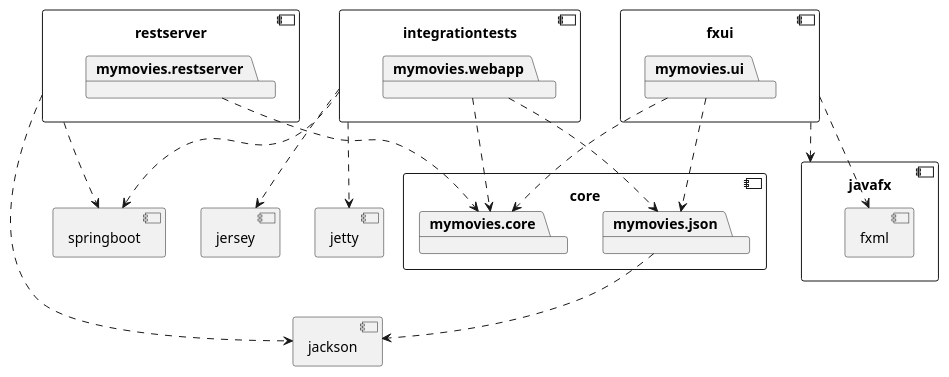
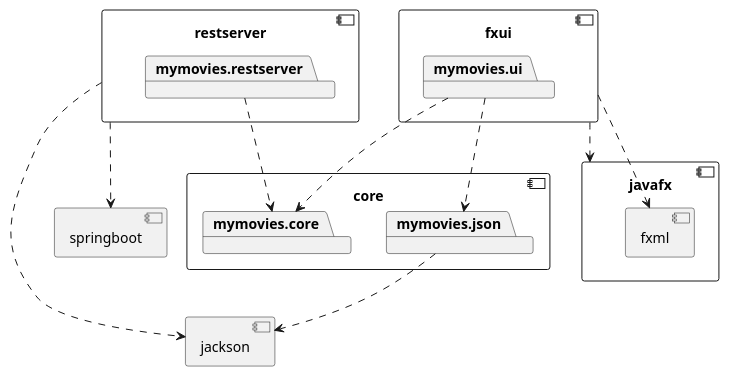
The diagram in mymovies/package.puml (victoriahopso/IT1901), drawn with PlantUML before and after one commit.

```diff
--- a/mymovies/package.puml
+++ b/mymovies/package.puml
@@ -1,55 +1,39 @@
 @startuml
 component core {
 	package mymovies.core
 	package mymovies.json
 }
 
 component restserver {
 	package mymovies.restserver
-}
-
-component integrationtests{
-	package mymovies.webapp
 }
 
 component fxui {
 	package mymovies.ui
 }
 
 component javafx {
 	component fxml {
 	}
 }
 
 component jackson {
 }
 
-component jersey {
-}
-
 component springboot{
-}
-
-component jetty{
 }
 
 mymovies.json ..> jackson
 
 mymovies.ui ..> mymovies.core
 mymovies.ui ..> mymovies.json
 
 fxui ..> javafx
 fxui ..> fxml
 
-integrationtests ..> jetty
-integrationtests ..> jersey
-integrationtests ..> springboot
-
-mymovies.webapp ..> mymovies.core
-mymovies.webapp ..> mymovies.json
 
 mymovies.restserver ..> mymovies.core
 
 restserver ..> jackson
 restserver ..> springboot
 @enduml
```
